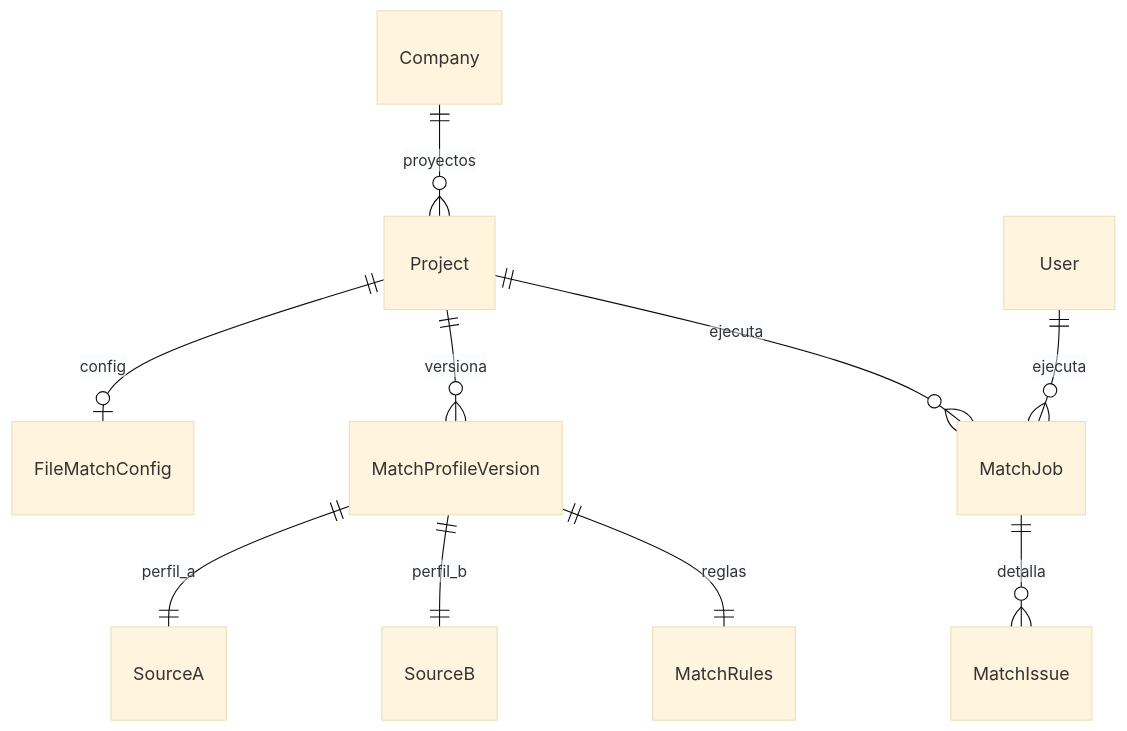
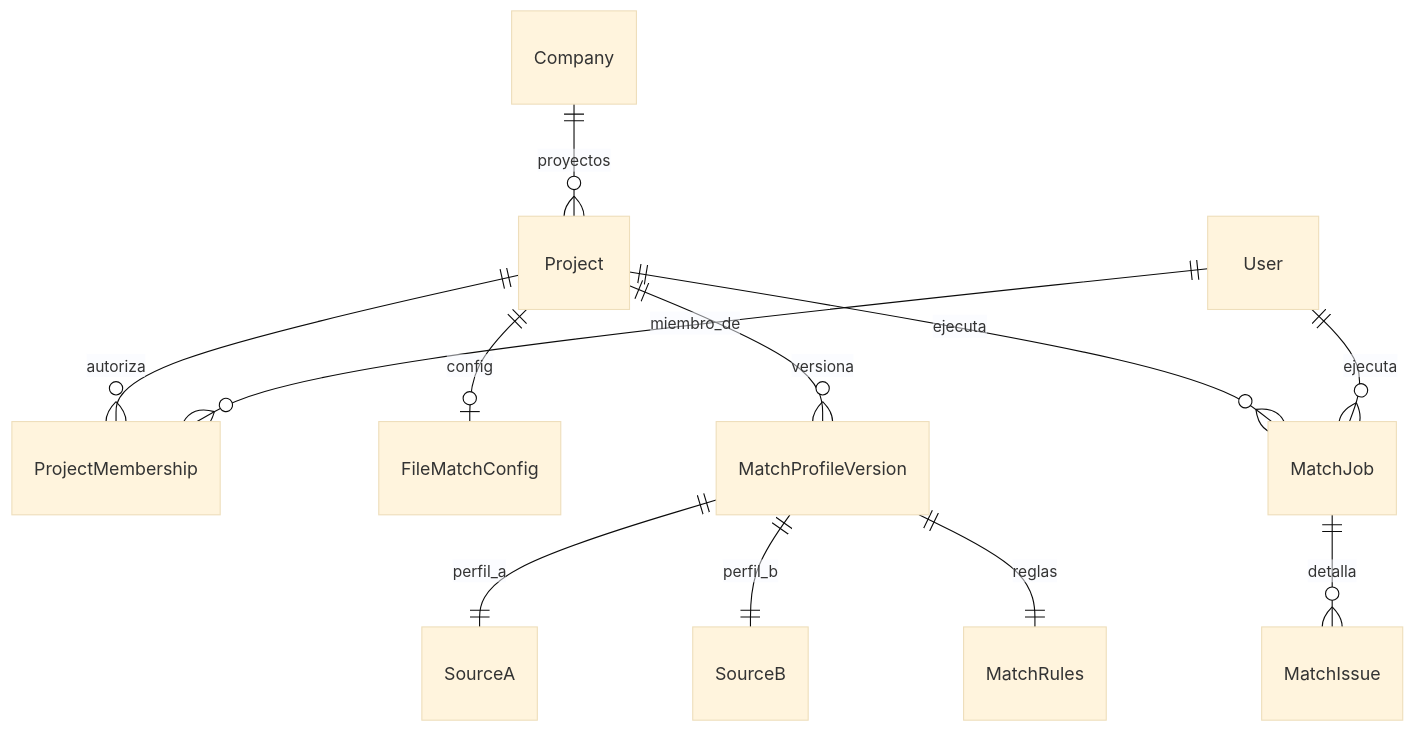
Before and after one commit to IrvingSAP/DynamicWorkspace_Railway: the second of 2 diagrams in docs/FILE_MATCH.md, drawn with Mermaid (base theme). The commit also changed other lines of this file and 156 other files, not shown here.

````diff
--- a/docs/FILE_MATCH.md
+++ b/docs/FILE_MATCH.md
@@ -435,12 +473,14 @@
 ```mermaid
 erDiagram
     Company ||--o{ Project : proyectos
+    Project ||--o{ ProjectMembership : autoriza
+    User ||--o{ ProjectMembership : miembro_de
     Project ||--o| FileMatchConfig : config
     Project ||--o{ MatchProfileVersion : versiona
     MatchProfileVersion ||--|| SourceA : perfil_a
     MatchProfileVersion ||--|| SourceB : perfil_b
     MatchProfileVersion ||--|| MatchRules : reglas
     Project ||--o{ MatchJob : ejecuta
     MatchJob ||--o{ MatchIssue : detalla
     User ||--o{ MatchJob : ejecuta
 ```
````
